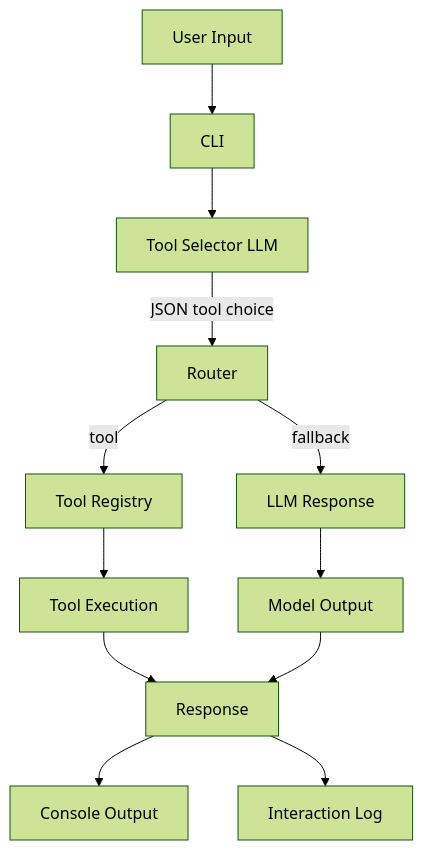
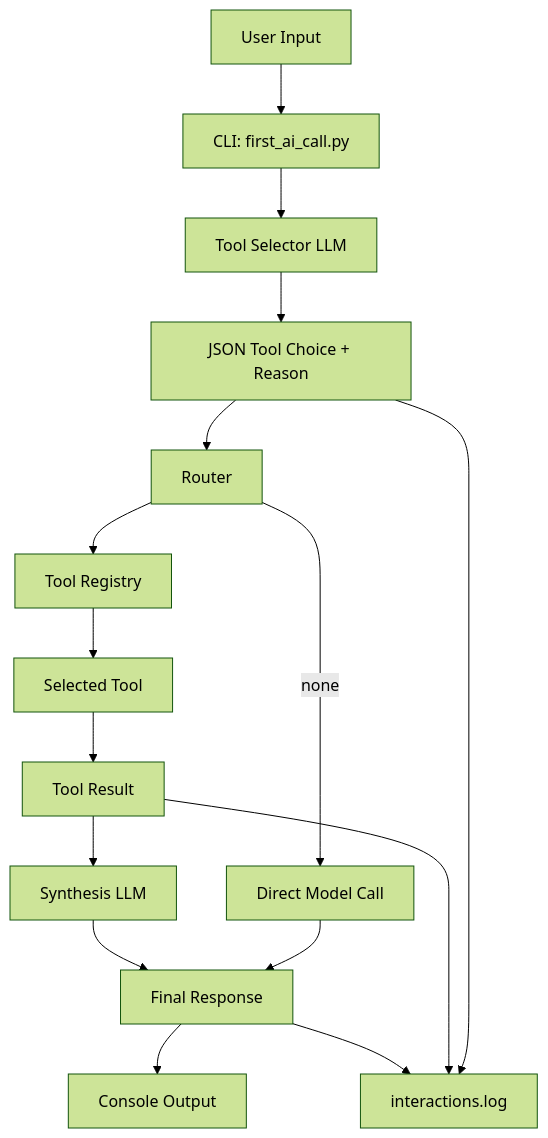
One commit to awsvkvims/agentic-ai-platform-engineering changed the diagram in docs/architecture.md. Above: the diagram before and after it, drawn with Mermaid (forest theme).

Commit message:
Update the architecture flow

````diff
--- a/docs/architecture.md
+++ b/docs/architecture.md
@@ -3,14 +3,18 @@
 ``` mermaid
 flowchart TD
-    A[User Input] --> B[CLI]
+    A[User Input] --> B[CLI: first_ai_call.py]
     B --> C[Tool Selector LLM]
-    C -->|JSON tool choice| D[Router]
-    D -->|tool| E[Tool Registry]
-    D -->|fallback| F[LLM Response]
-    E --> G[Tool Execution]
-    F --> H[Model Output]
-    G --> I[Response]
-    H --> I
-    I --> J[Console Output]
-    I --> K[Interaction Log]
+    C --> D[JSON Tool Choice + Reason]
+    D --> E[Router]
+    E --> F[Tool Registry]
+    F --> G[Selected Tool]
+    G --> H[Tool Result]
+    E -->|none| I[Direct Model Call]
+    H --> J[Synthesis LLM]
+    J --> K[Final Response]
+    I --> K
+    K --> L[Console Output]
+    K --> M[interactions.log]
+    H --> M
+    D --> M
 ```
````
